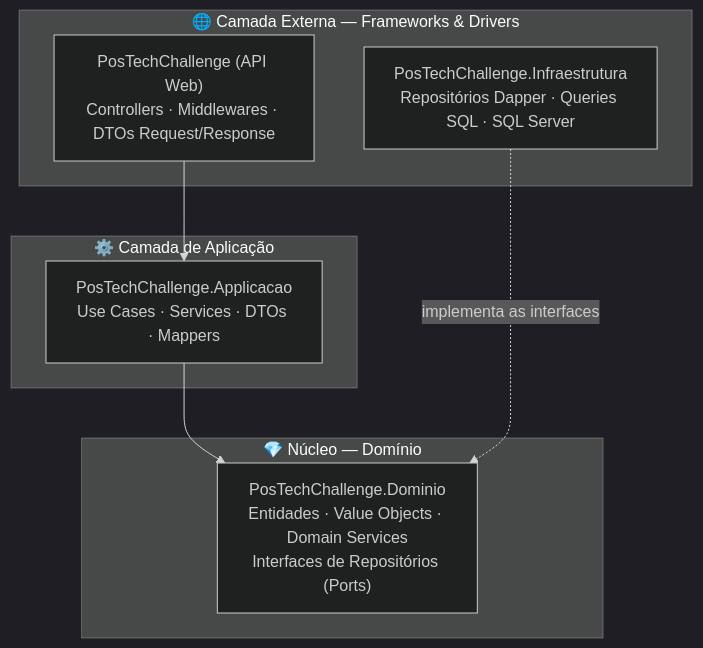
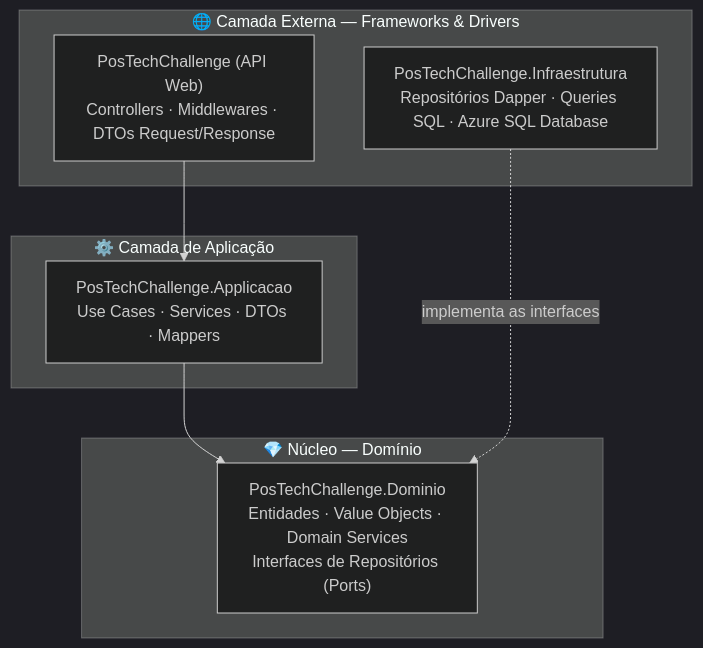
Before and after one commit to Gustavollier/postech-app: the second of 4 diagrams in README.md, drawn with Mermaid (dark theme). The commit also changed other lines of this file, not shown here.

````diff
--- a/README.md
+++ b/README.md
@@ -36,16 +58,16 @@
 ```mermaid
 graph TB
     subgraph Externo["🌐 Camada Externa — Frameworks & Drivers"]
         API["PosTechChallenge (API Web)<br/>Controllers · Middlewares · DTOs Request/Response"]
-        INFRA["PosTechChallenge.Infraestrutura<br/>Repositórios Dapper · Queries SQL · SQL Server"]
+        INFRA["PosTechChallenge.Infraestrutura<br/>Repositórios Dapper · Queries SQL · Azure SQL Database"]
     end
     subgraph Aplicacao["⚙️ Camada de Aplicação"]
         APP["PosTechChallenge.Applicacao<br/>Use Cases · Services · DTOs · Mappers"]
     end
     subgraph Dominio["💎 Núcleo — Domínio"]
         DOM["PosTechChallenge.Dominio<br/>Entidades · Value Objects · Domain Services<br/>Interfaces de Repositórios (Ports)"]
     end
     API --> APP
     APP --> DOM
     INFRA -. implementa as interfaces .-> DOM
 ```
````
